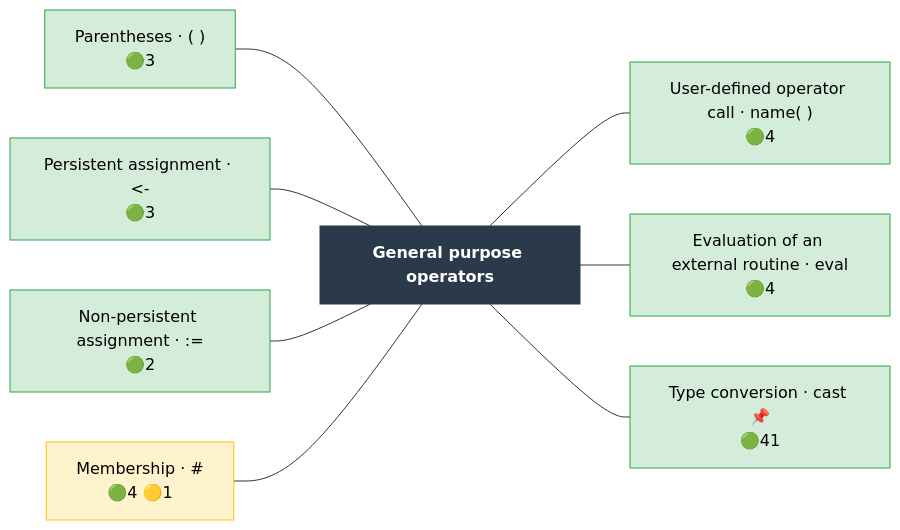
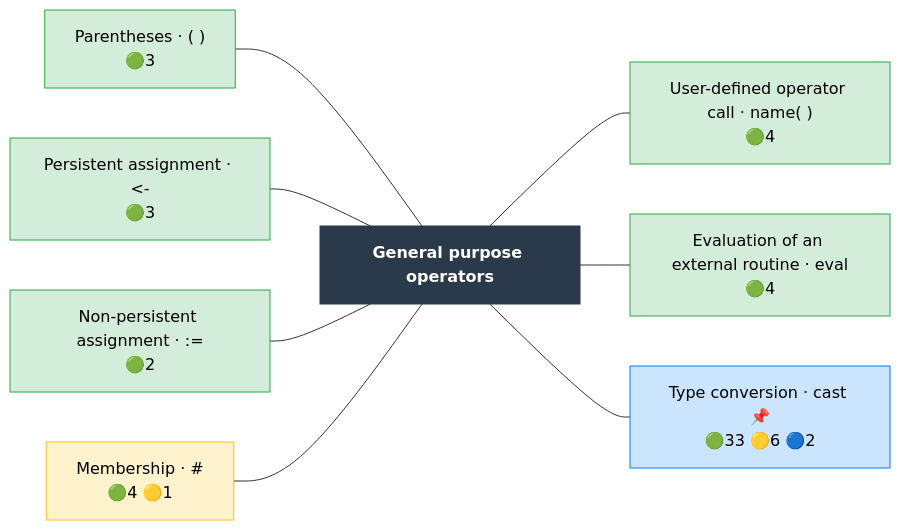
The diagram in docs/operator_map/general/index.rst (Meaningful-Data/vtlengine), drawn with Mermaid before and after one commit. The commit also changed other lines of this file and 87 other files, not shown here.

```diff
--- a/docs/operator_map/general/index.rst
+++ b/docs/operator_map/general/index.rst
@@ -24,33 +24,33 @@
 .. mermaid::
    :config: {"flowchart": {"useMaxWidth": false}}
 
    flowchart LR
        classDef ok fill:#d4edda,stroke:#28a745,color:#000
        classDef partial fill:#fff3cd,stroke:#ffc107,color:#000
        classDef refused fill:#d4edda,stroke:#28a745,stroke-width:3px,stroke-dasharray: 2 2,color:#000
        classDef missing fill:#f8d7da,stroke:#dc3545,color:#000
        classDef diverge fill:#cce5ff,stroke:#007bff,color:#000
        classDef block fill:#2b3a4a,stroke:#2b3a4a,color:#fff,font-weight:bold
        classDef ext fill:#fff,stroke:#666,color:#000,stroke-dasharray: 5 5
        B["General purpose operators"]:::block
        general__parentheses["Parentheses · ( )<br/>🟢3"]:::ok
        general__persistent_assignment["Persistent assignment · #60;-<br/>🟢3"]:::ok
        general__non_persistent_assignment["Non-persistent assignment · #58;#61;<br/>🟢2"]:::ok
        general__membership["Membership · #35;<br/>🟢4 🟡1"]:::partial
        general__udo_call["User-defined operator call · name( )<br/>🟢4"]:::ok
        general__eval["Evaluation of an external routine · eval<br/>🟢4"]:::ok
-       general__cast["Type conversion · cast 📌<br/>🟢41"]:::ok
+       general__cast["Type conversion · cast 📌<br/>🟢33 🟡6 🔵2"]:::diverge
        general__parentheses --- B
        general__persistent_assignment --- B
        general__non_persistent_assignment --- B
        general__membership --- B
        B --- general__udo_call
        B --- general__eval
        B --- general__cast
        click general__parentheses href "parentheses.html"
        click general__persistent_assignment href "persistent_assignment.html"
        click general__non_persistent_assignment href "non_persistent_assignment.html"
        click general__membership href "membership.html"
        click general__udo_call href "udo_call.html"
        click general__eval href "eval.html"
        click general__cast href "cast.html"
```
